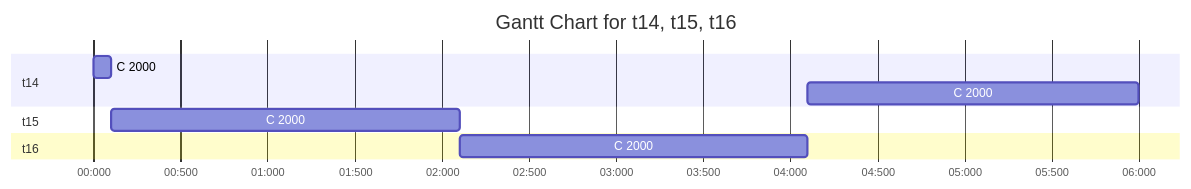
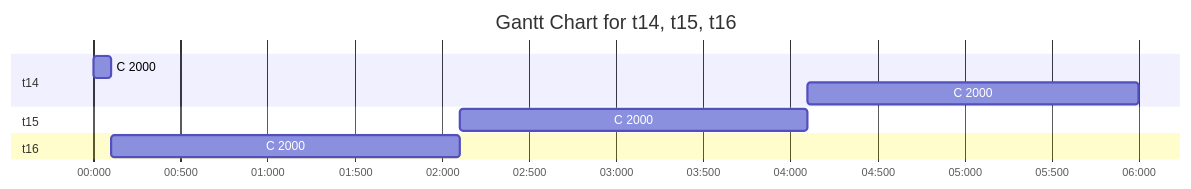
The fourth of 6 diagrams in report2025.md (trenchance2022/OSCD), drawn with Mermaid before and after one commit. The commit also changed other lines of this file, not shown here.

Commit message:
修改某个甘特图

````diff
--- a/report2025.md
+++ b/report2025.md
@@ -1221,13 +1215,14 @@
    ```mermaid
    gantt
        title Gantt Chart for t14, t15, t16
        dateFormat  ss:SSS
        axisFormat  %S:%L
        section t14
        C 2000: 00:000, 00:100
        C 2000: 04:100, 06:000
        section t15
+       C 2000: 02:100, 04:100
+       section t16
        C 2000: 00:100, 02:100
-       section t16
-       C 2000: 02:100, 04:100
+      
    ```
````
